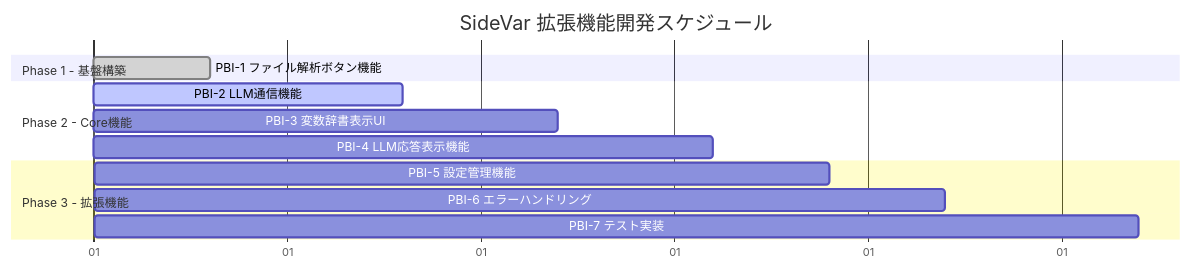
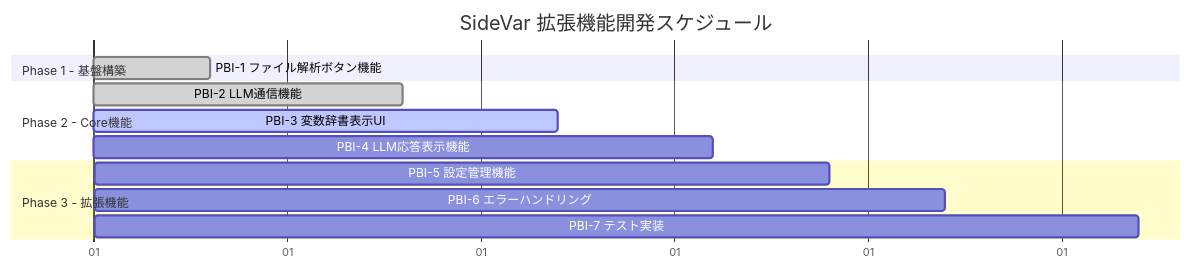
Before and after one commit to ak-nagae/sideVar: the second of 9 diagrams in docs/PROGRESS_REPORT.md, drawn with Mermaid. The commit also changed other lines of this file and 1 other file, not shown here.

Commit message:
PBI-2Doneにあたってドキュメント更新

````diff
--- a/docs/PROGRESS_REPORT.md
+++ b/docs/PROGRESS_REPORT.md
@@ -43,19 +43,19 @@
 ```mermaid
 gantt
     title SideVar 拡張機能開発スケジュール
     dateFormat X
     axisFormat %d
 
     section Phase 1 - 基盤構築
     PBI-1 ファイル解析ボタン機能    :done, pbi1, 0, 3
     
     section Phase 2 - Core機能
-    PBI-2 LLM通信機能              :active, pbi2, 3, 8
-    PBI-3 変数辞書表示UI           :pbi3, 8, 12
+    PBI-2 LLM通信機能              :done, pbi2, 3, 8
+    PBI-3 変数辞書表示UI           :active, pbi3, 8, 12
     PBI-4 LLM応答表示機能          :pbi4, 12, 16
     
     section Phase 3 - 拡張機能
     PBI-5 設定管理機能             :pbi5, 16, 19
     PBI-6 エラーハンドリング       :pbi6, 19, 22
     PBI-7 テスト実装              :pbi7, 22, 27
 ```
````
